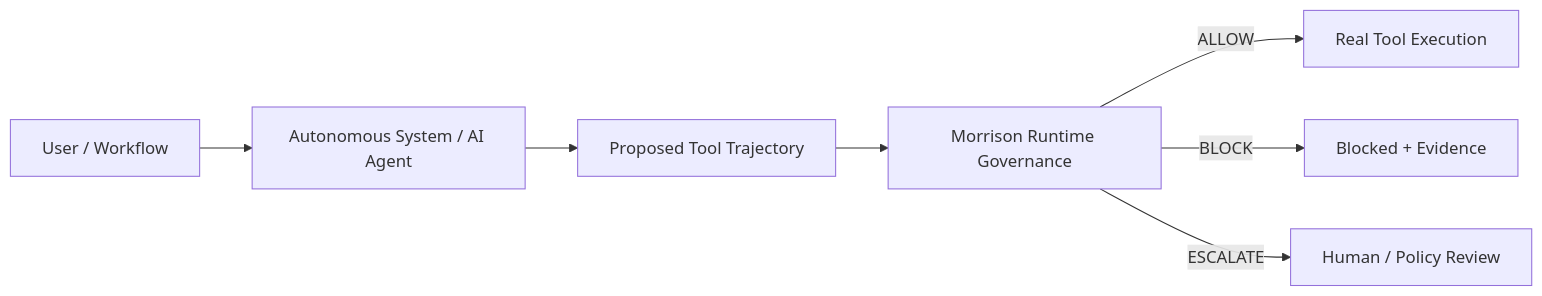
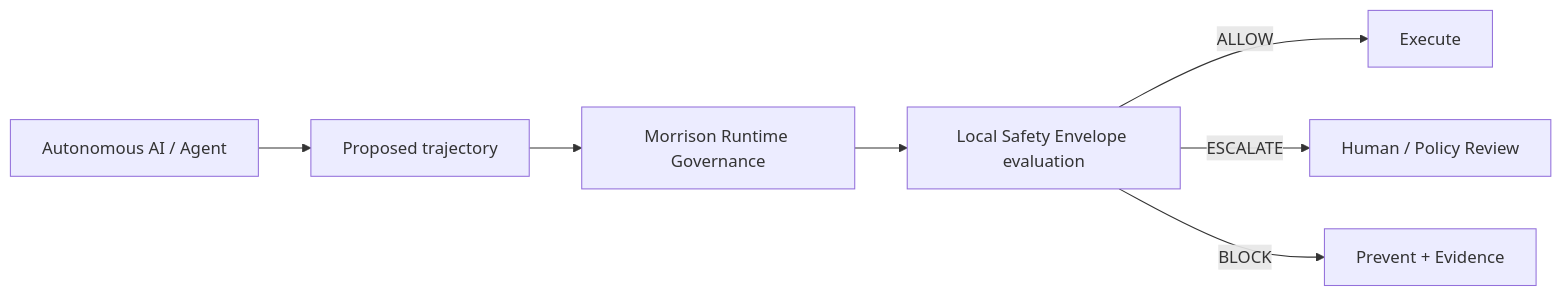
The first of 3 diagrams in README.md (davarntrades/davarntrades), drawn with Mermaid before and after one commit. The commit also changed other lines of this file, not shown here.

Commit message:
Reposition profile around local Safety Envelopes

````diff
--- a/README.md
+++ b/README.md
@@ -40,9 +68,9 @@
 ```mermaid
 flowchart LR
-    U[User / Workflow] --> A[Autonomous System / AI Agent]
-    A --> T[Proposed Tool Trajectory]
+    A[Autonomous AI / Agent] --> T[Proposed trajectory]
     T --> M[Morrison Runtime Governance]
-    M -->|ALLOW| X[Real Tool Execution]
-    M -->|BLOCK| B[Blocked + Evidence]
-    M -->|ESCALATE| H[Human / Policy Review]
+    M --> E[Local Safety Envelope evaluation]
+    E -->|ALLOW| X[Execute]
+    E -->|ESCALATE| H[Human / Policy Review]
+    E -->|BLOCK| B[Prevent + Evidence]
 ```
````
